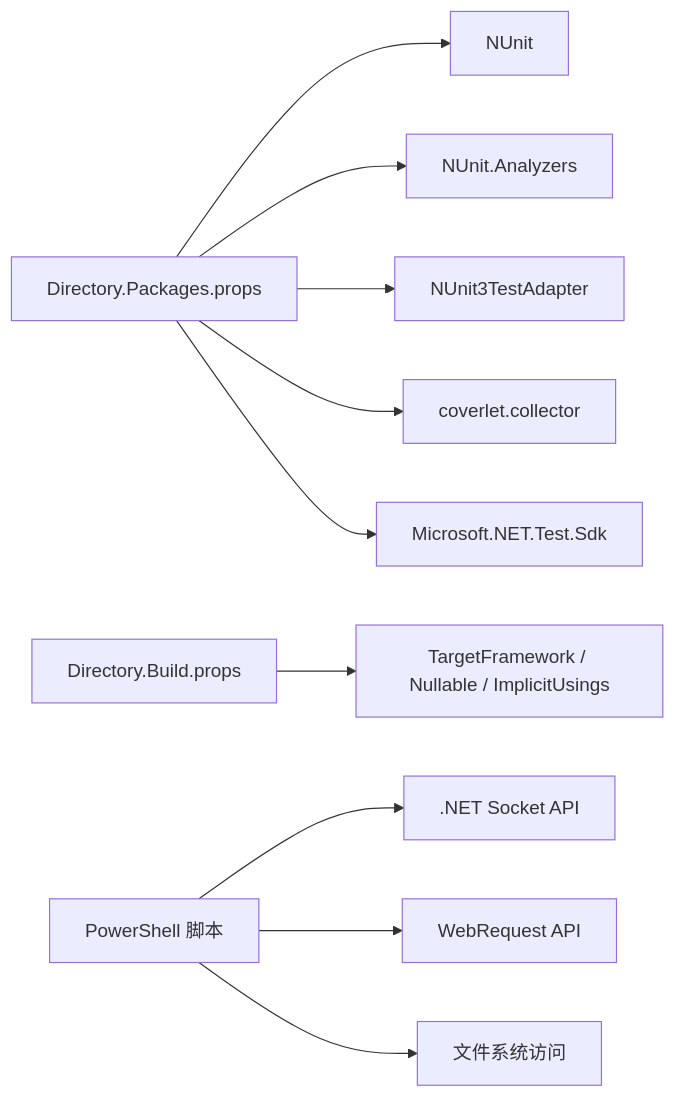
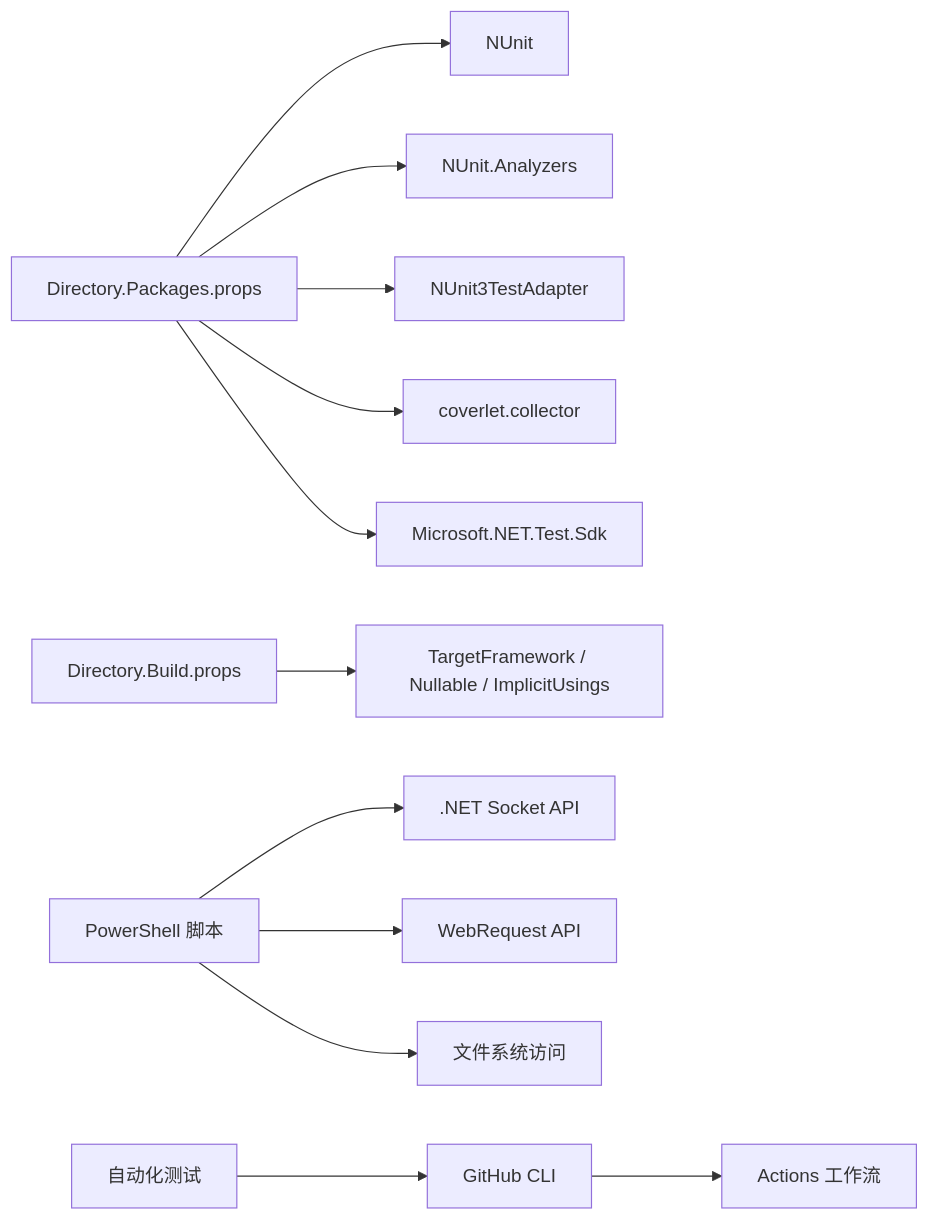
The ninth of 9 diagrams in .qoder/repowiki/zh/content/测试框架.md (tea4go/Macro-Deck), drawn with Mermaid before and after one commit. The commit also changed other lines of this file and 146 other files, not shown here.

````diff
--- a/.qoder/repowiki/zh/content/测试框架.md
+++ b/.qoder/repowiki/zh/content/测试框架.md
@@ -326,12 +376,14 @@
 ```mermaid
 graph LR
 DP["Directory.Packages.props"] --> NUnit["NUnit"]
 DP --> Analyzer["NUnit.Analyzers"]
 DP --> Adapter["NUnit3TestAdapter"]
 DP --> Coverlet["coverlet.collector"]
 DP --> TestSdk["Microsoft.NET.Test.Sdk"]
 DB["Directory.Build.props"] --> Target["TargetFramework / Nullable / ImplicitUsings"]
 PS["PowerShell 脚本"] --> NetSock[".NET Socket API"]
 PS --> WebReq["WebRequest API"]
 PS --> FileSystem["文件系统访问"]
+GH["GitHub CLI"] --> Workflow["Actions 工作流"]
+AutoTest["自动化测试"] --> GH
 ```
````
